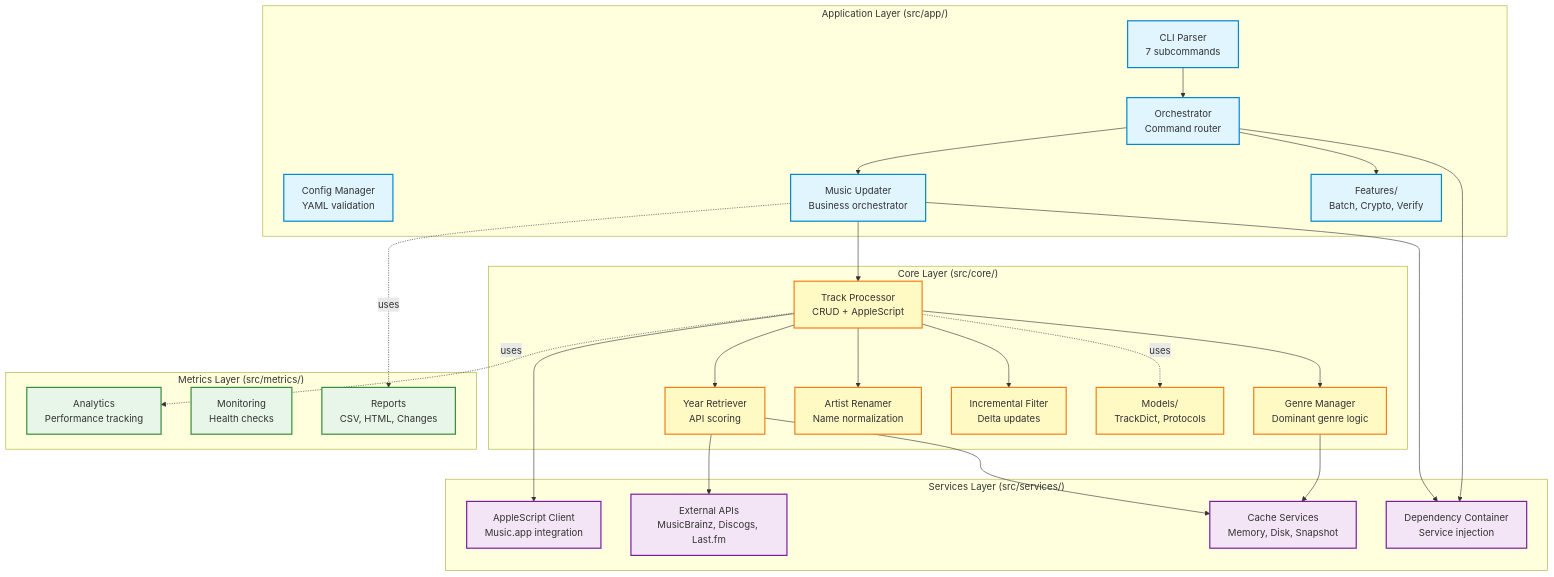
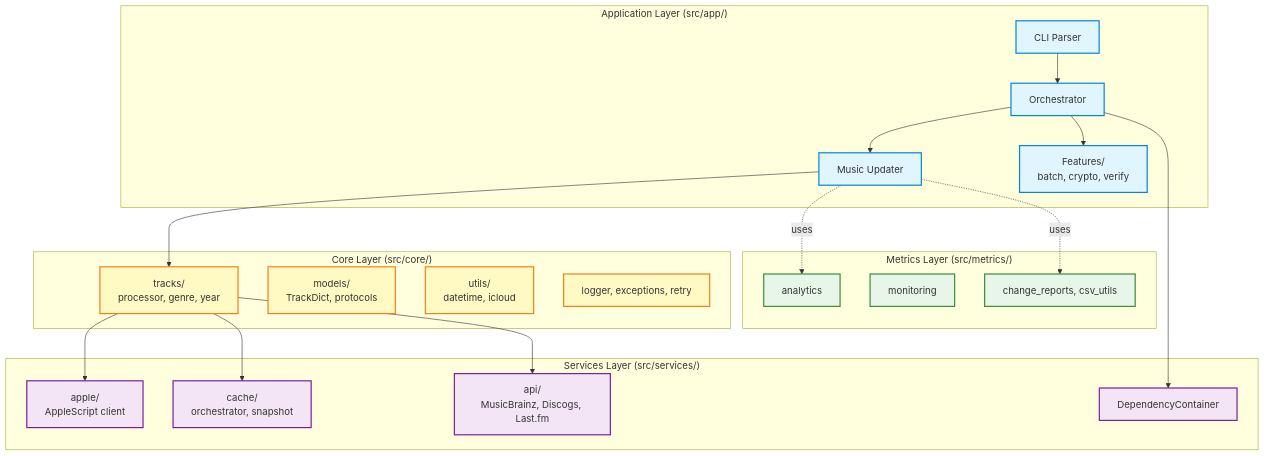
The diagram in README.md (barad1tos/GenreUpdater), drawn with Mermaid before and after one commit. The commit also changed other lines of this file, not shown here.

````diff
--- a/README.md
+++ b/README.md
@@ -66,58 +61,48 @@
 ```mermaid
 graph TD
     subgraph App["Application Layer (src/app/)"]
-        CLI[CLI Parser<br/>7 subcommands]
-        Orchestrator[Orchestrator<br/>Command router]
-        Config[Config Manager<br/>YAML validation]
-        MusicUpdater[Music Updater<br/>Business orchestrator]
-        Features[Features/<br/>Batch, Crypto, Verify]
+        CLI[CLI Parser]
+        Orchestrator[Orchestrator]
+        MusicUpdater[Music Updater]
+        Features[Features/<br/>batch, crypto, verify]
     end
 
     subgraph Core["Core Layer (src/core/)"]
-        TrackProcessor[Track Processor<br/>CRUD + AppleScript]
-        GenreManager[Genre Manager<br/>Dominant genre logic]
-        YearRetriever[Year Retriever<br/>API scoring]
-        ArtistRenamer[Artist Renamer<br/>Name normalization]
-        IncrementalFilter[Incremental Filter<br/>Delta updates]
-        Models[Models/<br/>TrackDict, Protocols]
+        TrackProcessor[tracks/<br/>processor, genre, year]
+        Models[models/<br/>TrackDict, protocols]
+        Utils[utils/<br/>datetime, icloud]
+        Logger[logger, exceptions, retry]
     end
 
     subgraph Services["Services Layer (src/services/)"]
-        AppleScript[AppleScript Client<br/>Music.app integration]
-        APIs[External APIs<br/>MusicBrainz, Discogs, Last.fm]
-        Cache[Cache Services<br/>Memory, Disk, Snapshot]
-        DI[Dependency Container<br/>Service injection]
+        DI[DependencyContainer]
+        Apple[apple/<br/>AppleScript client]
+        Cache[cache/<br/>orchestrator, snapshot]
+        APIs[api/<br/>MusicBrainz, Discogs, Last.fm]
     end
 
     subgraph Metrics["Metrics Layer (src/metrics/)"]
-        Analytics[Analytics<br/>Performance tracking]
-        Monitoring[Monitoring<br/>Health checks]
-        Reports[Reports<br/>CSV, HTML, Changes]
+        Analytics[analytics]
+        Monitoring[monitoring]
+        Reports[change_reports, csv_utils]
     end
 
     CLI --> Orchestrator
     Orchestrator --> MusicUpdater
     Orchestrator --> Features
     MusicUpdater --> TrackProcessor
-    TrackProcessor --> GenreManager
-    TrackProcessor --> YearRetriever
-    TrackProcessor --> ArtistRenamer
-    TrackProcessor --> IncrementalFilter
-    GenreManager --> Cache
-    YearRetriever --> APIs
-    YearRetriever --> Cache
-    TrackProcessor --> AppleScript
+    TrackProcessor --> Apple
+    TrackProcessor --> Cache
+    TrackProcessor --> APIs
     Orchestrator --> DI
-    MusicUpdater --> DI
-    TrackProcessor -. uses .-> Models
-    TrackProcessor -. uses .-> Analytics
+    MusicUpdater -. uses .-> Analytics
     MusicUpdater -. uses .-> Reports
     classDef appLayer fill:#e1f5ff,stroke:#0288d1,stroke-width:2px
     classDef coreLayer fill:#fff9c4,stroke:#f57f17,stroke-width:2px
     classDef servicesLayer fill:#f3e5f5,stroke:#7b1fa2,stroke-width:2px
     classDef metricsLayer fill:#e8f5e9,stroke:#388e3c,stroke-width:2px
-    class CLI,Orchestrator,Config,MusicUpdater,Features appLayer
-    class TrackProcessor,GenreManager,YearRetriever,ArtistRenamer,IncrementalFilter,Models coreLayer
-    class AppleScript,APIs,Cache,DI servicesLayer
+    class CLI,Orchestrator,MusicUpdater,Features appLayer
+    class TrackProcessor,Models,Utils,Logger coreLayer
+    class DI,Apple,Cache,APIs servicesLayer
     class Analytics,Monitoring,Reports metricsLayer
 ```
````
